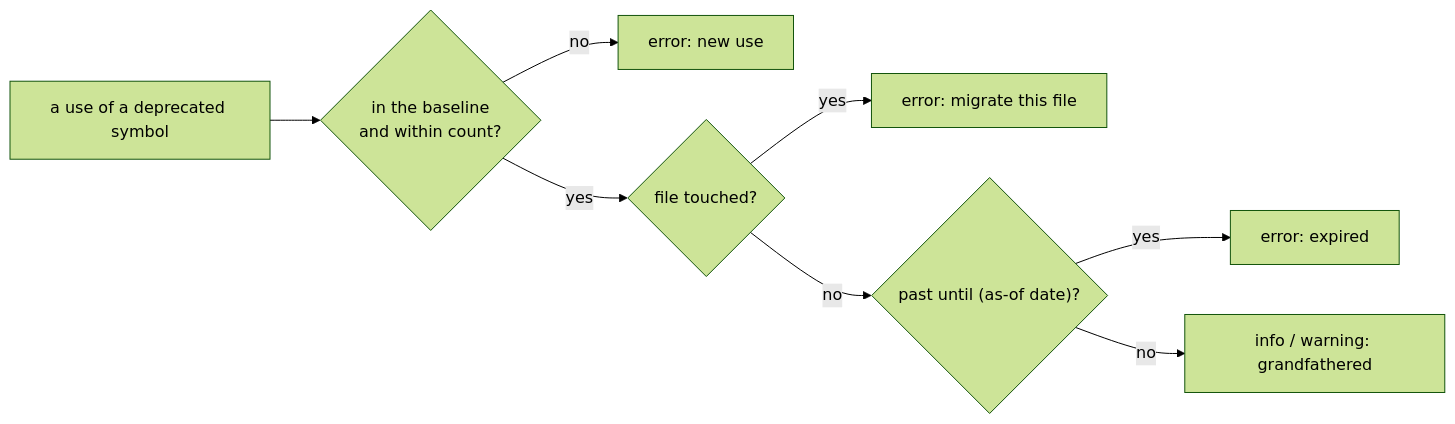
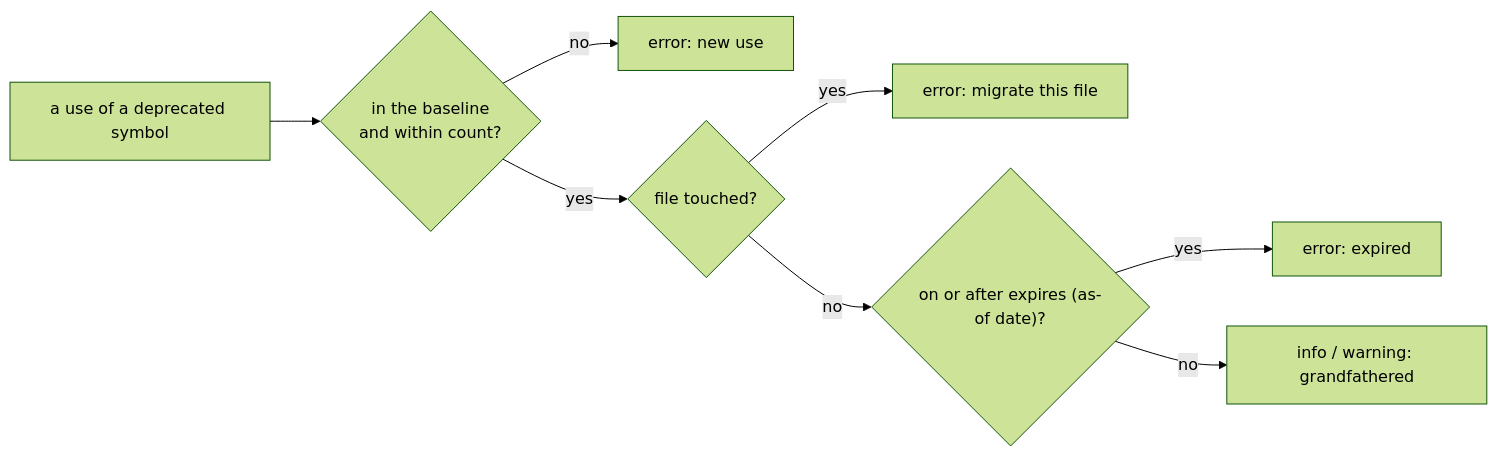
One commit to arpitarya/codelaw changed the diagram in records/0104_baseline-and-deprecations.md. Above: the diagram before and after it, drawn with Mermaid (forest theme). The commit also changed other lines of this file and 32 other files, not shown here.

````diff
--- a/records/0104_baseline-and-deprecations.md
+++ b/records/0104_baseline-and-deprecations.md
@@ -41,10 +41,10 @@
 ```mermaid
 flowchart LR
     U["a use of a deprecated symbol"] --> N{"in the baseline<br/>and within count?"}
     N -->|no| E["error: new use"]
     N -->|yes| T{"file touched?"}
     T -->|yes| E2["error: migrate this file"]
-    T -->|no| D{"past until (as-of date)?"}
+    T -->|no| D{"on or after expires (as-of date)?"}
     D -->|yes| E3["error: expired"]
     D -->|no| I["info / warning: grandfathered"]
 ```
````
